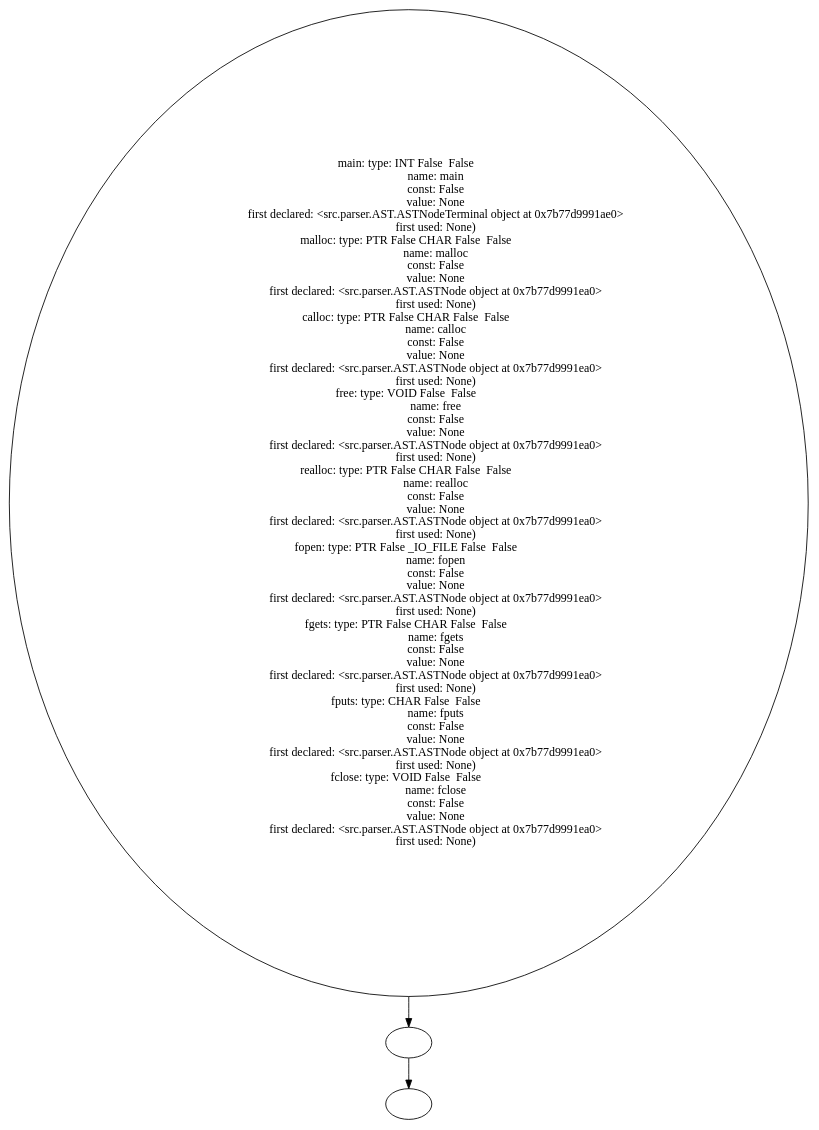
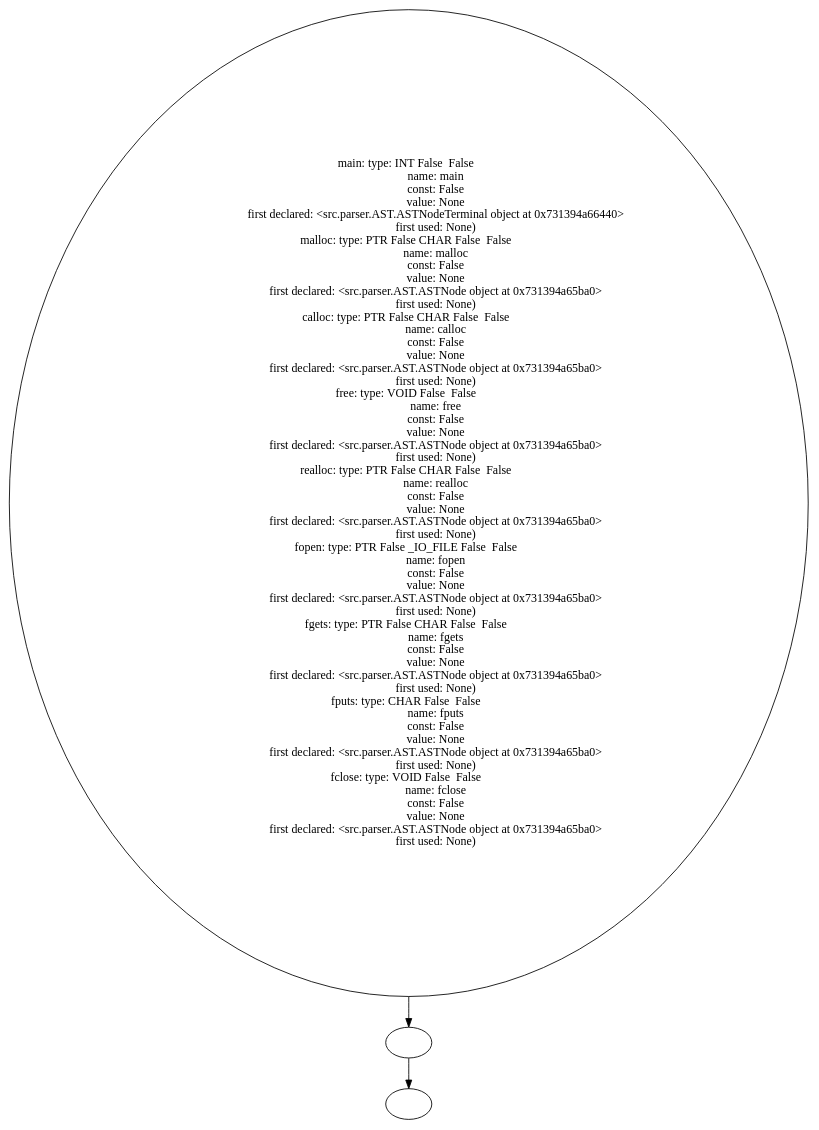
One commit to Are-you-listening/Compilers changed the diagram in example_source_files/20_2_semantic_errors/20_2_semantic_errors_table.dot. Above: the diagram before and after it, drawn with Graphviz. The commit also changed 224 other files, not shown here.

```diff
--- a/example_source_files/20_2_semantic_errors/20_2_semantic_errors_table.dot
+++ b/example_source_files/20_2_semantic_errors/20_2_semantic_errors_table.dot
@@ -1,60 +1,60 @@
 digraph AST {
-  "135754682505520" [label="main: type: INT False  False  
+  "126527935076848" [label="main: type: INT False  False  
                    name: main
                    const: False
                    value: None
-                   first declared: <src.parser.AST.ASTNodeTerminal object at 0x7b77d9991ae0>
+                   first declared: <src.parser.AST.ASTNodeTerminal object at 0x731394a66440>
                    first used: None)
 malloc: type: PTR False CHAR False  False  
                    name: malloc
                    const: False
                    value: None
-                   first declared: <src.parser.AST.ASTNode object at 0x7b77d9991ea0>
+                   first declared: <src.parser.AST.ASTNode object at 0x731394a65ba0>
                    first used: None)
 calloc: type: PTR False CHAR False  False  
                    name: calloc
                    const: False
                    value: None
-                   first declared: <src.parser.AST.ASTNode object at 0x7b77d9991ea0>
+                   first declared: <src.parser.AST.ASTNode object at 0x731394a65ba0>
                    first used: None)
 free: type: VOID False  False  
                    name: free
                    const: False
                    value: None
-                   first declared: <src.parser.AST.ASTNode object at 0x7b77d9991ea0>
+                   first declared: <src.parser.AST.ASTNode object at 0x731394a65ba0>
                    first used: None)
 realloc: type: PTR False CHAR False  False  
                    name: realloc
                    const: False
                    value: None
-                   first declared: <src.parser.AST.ASTNode object at 0x7b77d9991ea0>
+                   first declared: <src.parser.AST.ASTNode object at 0x731394a65ba0>
                    first used: None)
 fopen: type: PTR False _IO_FILE False  False  
                    name: fopen
                    const: False
                    value: None
-                   first declared: <src.parser.AST.ASTNode object at 0x7b77d9991ea0>
+                   first declared: <src.parser.AST.ASTNode object at 0x731394a65ba0>
                    first used: None)
 fgets: type: PTR False CHAR False  False  
                    name: fgets
                    const: False
                    value: None
-                   first declared: <src.parser.AST.ASTNode object at 0x7b77d9991ea0>
+                   first declared: <src.parser.AST.ASTNode object at 0x731394a65ba0>
                    first used: None)
 fputs: type: CHAR False  False  
                    name: fputs
                    const: False
                    value: None
-                   first declared: <src.parser.AST.ASTNode object at 0x7b77d9991ea0>
+                   first declared: <src.parser.AST.ASTNode object at 0x731394a65ba0>
                    first used: None)
 fclose: type: VOID False  False  
                    name: fclose
                    const: False
                    value: None
-                   first declared: <src.parser.AST.ASTNode object at 0x7b77d9991ea0>
+                   first declared: <src.parser.AST.ASTNode object at 0x731394a65ba0>
                    first used: None)"];
-  "135754682505520" -> "135754682507824";
-  "135754682507824" [label=""];
-  "135754682507824" -> "135754682509888";
-  "135754682509888" [label=""];
+  "126527935076848" -> "126527935073152";
+  "126527935073152" [label=""];
+  "126527935073152" -> "126527935077616";
+  "126527935077616" [label=""];
 }
```
